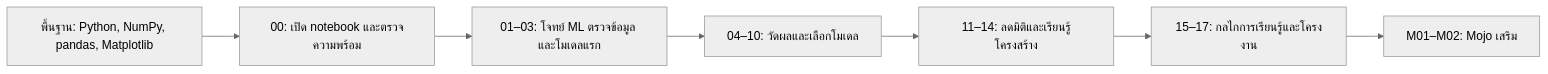
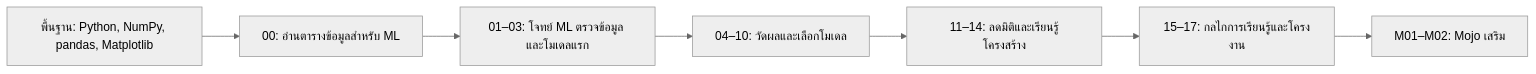
The diagram in README.md (KOPE-SOLUTION/machine-learning), drawn with Mermaid (neutral theme) before and after one commit. The commit also changed other lines of this file and 44 other files, not shown here.

````diff
--- a/README.md
+++ b/README.md
@@ -44,9 +39,9 @@
 ```mermaid
 flowchart LR
-  P["พื้นฐาน: Python, NumPy, pandas, Matplotlib"] --> R["00: เปิด notebook และตรวจความพร้อม"]
+  P["พื้นฐาน: Python, NumPy, pandas, Matplotlib"] --> R["00: อ่านตารางข้อมูลสำหรับ ML"]
   R --> A["01–03: โจทย์ ML ตรวจข้อมูล และโมเดลแรก"]
   A --> B["04–10: วัดผลและเลือกโมเดล"]
   B --> C["11–14: ลดมิติและเรียนรู้โครงสร้าง"]
   C --> D["15–17: กลไกการเรียนรู้และโครงงาน"]
   D --> E["M01–M02: Mojo เสริม"]
 ```
````
